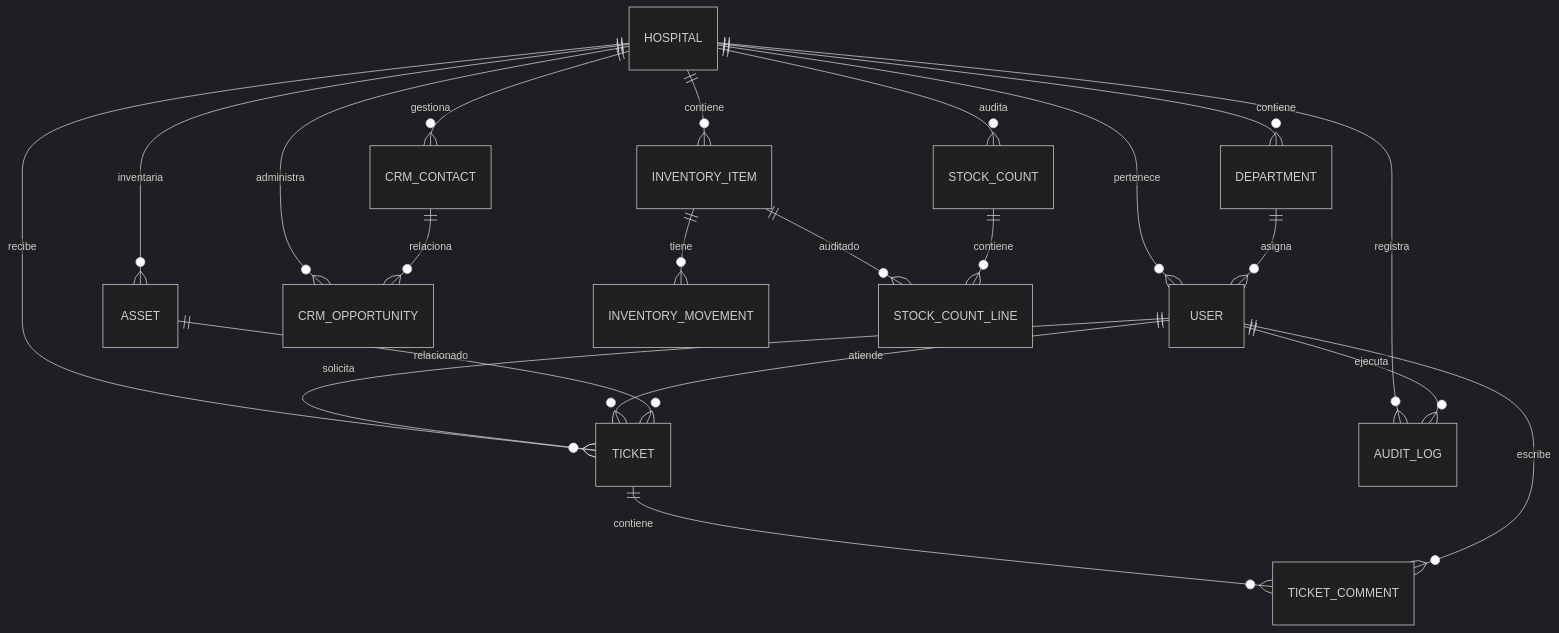
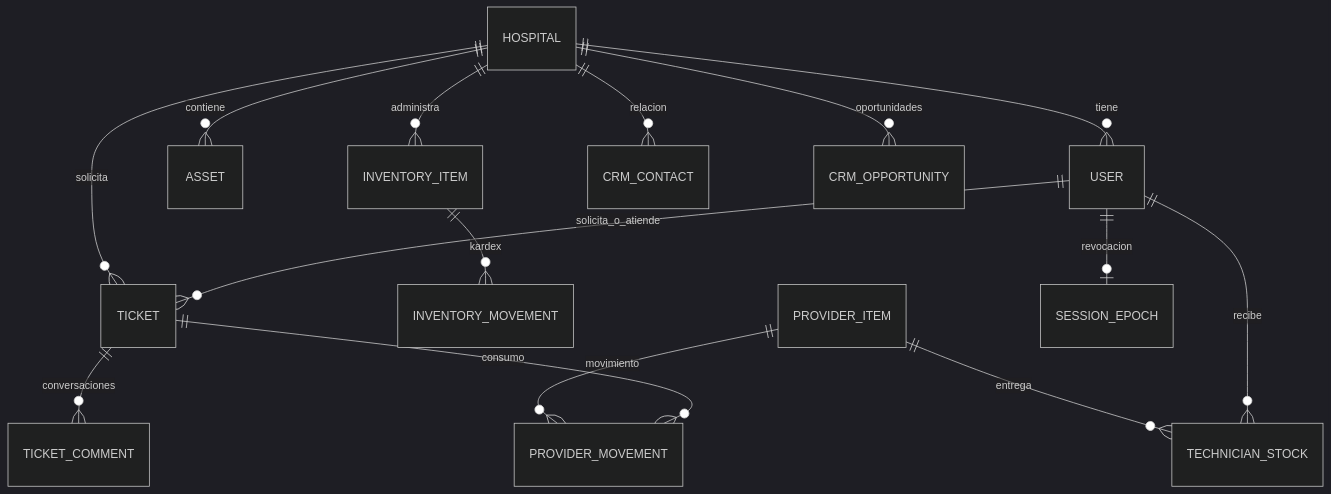
Before and after one commit to DiegoPalmeiroDuoc/RRJ: the diagram in ERD.md, drawn with Mermaid (dark theme). The commit also changed other lines of this file and 35 other files, not shown here.

````diff
--- a/ERD.md
+++ b/ERD.md
@@ -5,23 +18,17 @@
 ```mermaid
 erDiagram
-  HOSPITAL ||--o{ USER : pertenece
-  HOSPITAL ||--o{ DEPARTMENT : contiene
-  HOSPITAL ||--o{ TICKET : recibe
-  HOSPITAL ||--o{ ASSET : inventaria
-  HOSPITAL ||--o{ INVENTORY_ITEM : contiene
-  HOSPITAL ||--o{ STOCK_COUNT : audita
-  HOSPITAL ||--o{ CRM_CONTACT : gestiona
-  HOSPITAL ||--o{ CRM_OPPORTUNITY : administra
-  HOSPITAL ||--o{ AUDIT_LOG : registra
-  DEPARTMENT ||--o{ USER : asigna
-  USER ||--o{ TICKET : solicita
-  USER ||--o{ TICKET : atiende
-  ASSET ||--o{ TICKET : relacionado
-  TICKET ||--o{ TICKET_COMMENT : contiene
-  USER ||--o{ TICKET_COMMENT : escribe
-  INVENTORY_ITEM ||--o{ INVENTORY_MOVEMENT : tiene
-  INVENTORY_ITEM ||--o{ STOCK_COUNT_LINE : auditado
-  STOCK_COUNT ||--o{ STOCK_COUNT_LINE : contiene
-  CRM_CONTACT ||--o{ CRM_OPPORTUNITY : relaciona
-  USER ||--o{ AUDIT_LOG : ejecuta
+  HOSPITAL ||--o{ USER : tiene
+  HOSPITAL ||--o{ TICKET : solicita
+  HOSPITAL ||--o{ ASSET : contiene
+  HOSPITAL ||--o{ INVENTORY_ITEM : administra
+  HOSPITAL ||--o{ CRM_CONTACT : relacion
+  HOSPITAL ||--o{ CRM_OPPORTUNITY : oportunidades
+  USER ||--o{ TICKET : solicita_o_atiende
+  TICKET ||--o{ TICKET_COMMENT : conversaciones
+  INVENTORY_ITEM ||--o{ INVENTORY_MOVEMENT : kardex
+  PROVIDER_ITEM ||--o{ TECHNICIAN_STOCK : entrega
+  USER ||--o{ TECHNICIAN_STOCK : recibe
+  PROVIDER_ITEM ||--o{ PROVIDER_MOVEMENT : movimiento
+  TICKET ||--o{ PROVIDER_MOVEMENT : consumo
+  USER ||--o| SESSION_EPOCH : revocacion
 ```
````
